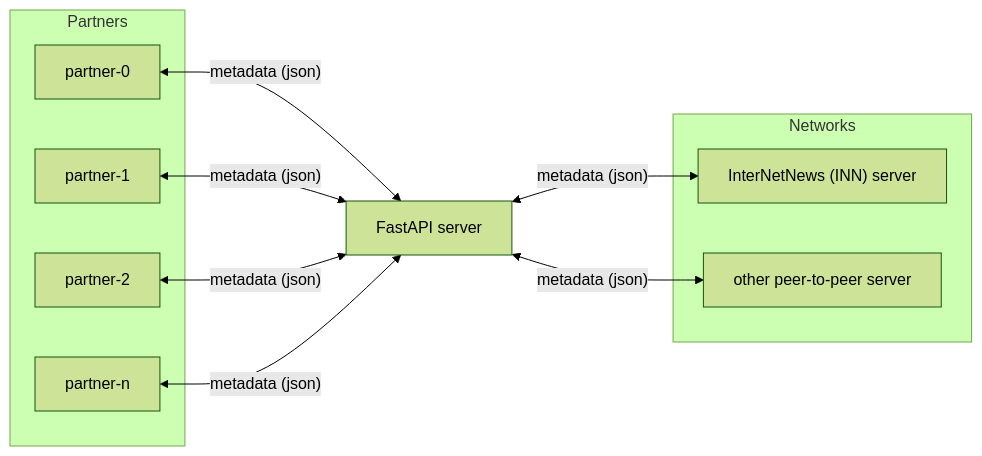
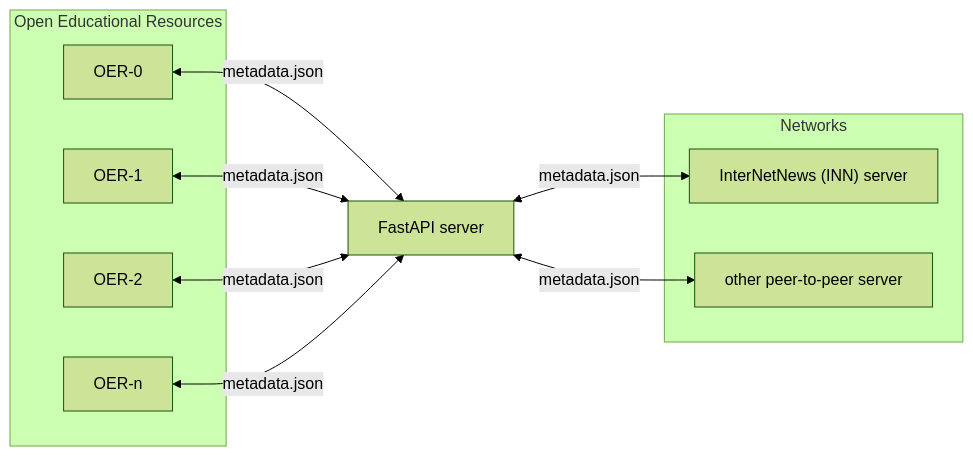
One commit to ISKME/Open-Metadata-Exchange changed the second of 2 diagrams in README.md. Above: the diagram before and after it, drawn with Mermaid (forest theme).

Commit message:
Add OME network diagram

````diff
--- a/README.md
+++ b/README.md
@@ -26,22 +26,22 @@
 ```mermaid
 graph LR
-    subgraph Partners
-        partner0[partner-0]
-        partner1[partner-1]
-        partner2[partner-2]
-        partnerN[partner-n]
+    subgraph Open Educational Resources
+        OER0[OER-0]
+        OER1[OER-1]
+        OER2[OER-2]
+        OERn[OER-n]
     end
 
-    partner0 <-- "metadata (json)" --> FastAPI["FastAPI server"]
-    partner1 <-- "metadata (json)" --> FastAPI
-    partner2 <-- "metadata (json)" --> FastAPI
-    partnerN <-- "metadata (json)" --> FastAPI
+    OER0 <-- "metadata.json" --> FastAPI["FastAPI server"]
+    OER1 <-- "metadata.json" --> FastAPI
+    OER2 <-- "metadata.json" --> FastAPI
+    OERn <-- "metadata.json" --> FastAPI
 
-    FastAPI <-- "metadata (json)" --> INN["InterNetNews (INN) server"]
-    FastAPI <-- "metadata (json)" --> P2P["other peer-to-peer server"]
+    FastAPI <-- "metadata.json" --> INN["InterNetNews (INN) server"]
+    FastAPI <-- "metadata.json" --> P2P["other peer-to-peer server"]
 
     subgraph Networks
         INN
         P2P
     end
 ```
````
